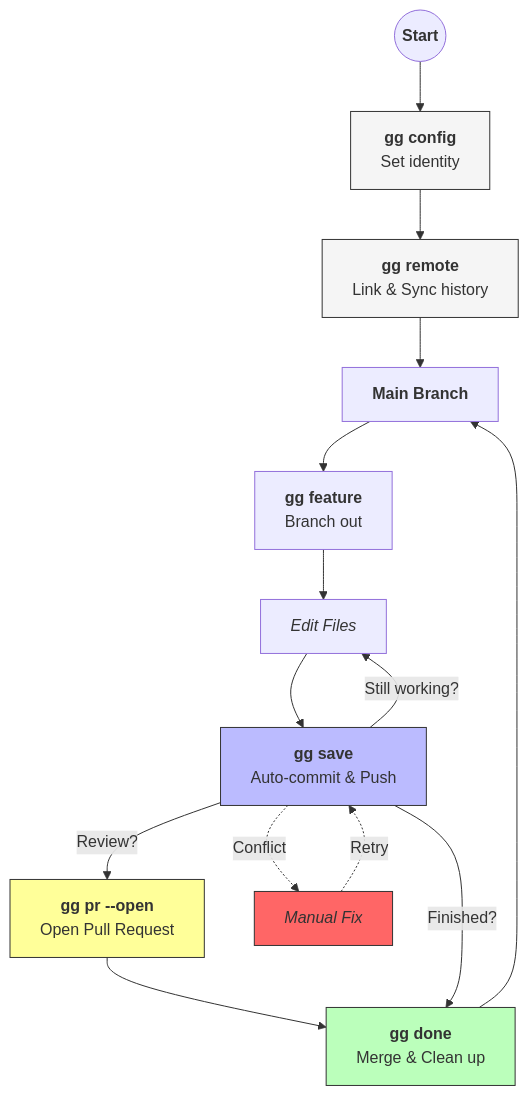
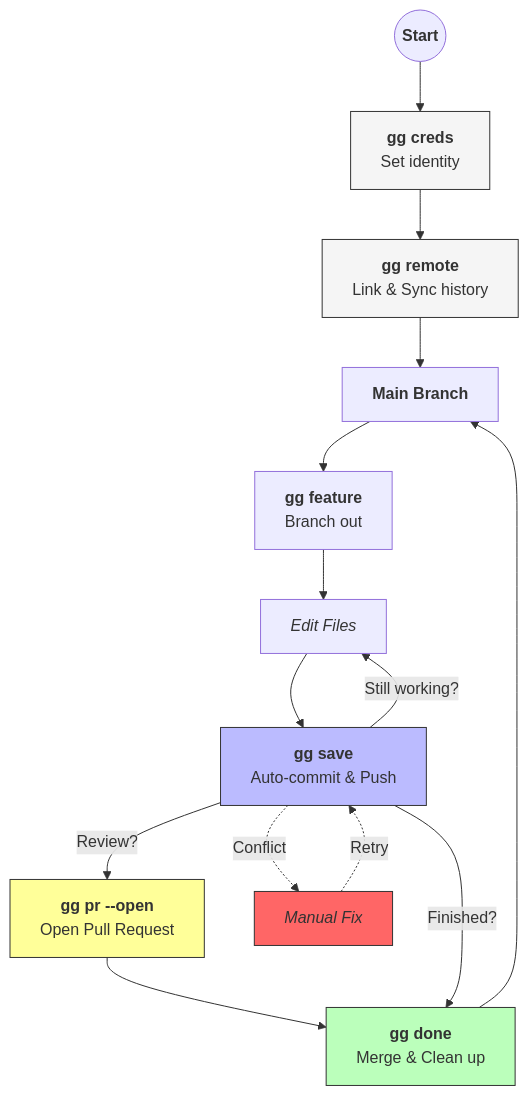
The diagram in README.md (margual56/gg), drawn with Mermaid before and after one commit. The commit also changed other lines of this file and 3 other files, not shown here.

````diff
--- a/README.md
+++ b/README.md
@@ -16,31 +16,31 @@
 ```mermaid
 graph TD
-    Start((<b>Start</b>)) --> Config["<b>gg config</b><br/>Set identity"]
-    Config --> Remote["<b>gg remote</b><br/>Link & Sync history"]
+    Start((<b>Start</b>)) --> Creds["<b>gg creds</b><br/>Set identity"]
+    Creds --> Remote["<b>gg remote</b><br/>Link & Sync history"]
     
     Remote --> Main[<b>Main Branch</b>]
     
     Main --> Feature["<b>gg feature</b><br/>Branch out"]
     
     Feature --> Code[<i>Edit Files</i>]
     
     Code --> Save["<b>gg save</b><br/>Auto-commit & Push"]
     
     Save -- "Still working?" --> Code
     Save -- "Review?" --> PR["<b>gg pr --open</b><br/>Open Pull Request"]
     PR --> Done
     Save -- "Finished?" --> Done["<b>gg done</b><br/>Merge & Clean up"]
     
     Done --> Main
 
     %% Error Handling
     Save -. "Conflict" .-> Fix[<i>Manual Fix</i>]
     Fix -. "Retry" .-> Save
 
-    style Config fill:#f5f5f5,stroke:#333
+    style Creds fill:#f5f5f5,stroke:#333
     style Remote fill:#f5f5f5,stroke:#333
     style Save fill:#bbf,stroke:#333
     style PR fill:#ff9,stroke:#333
     style Done fill:#bfb,stroke:#333
     style Fix fill:#f66,stroke:#333
 ```
````
